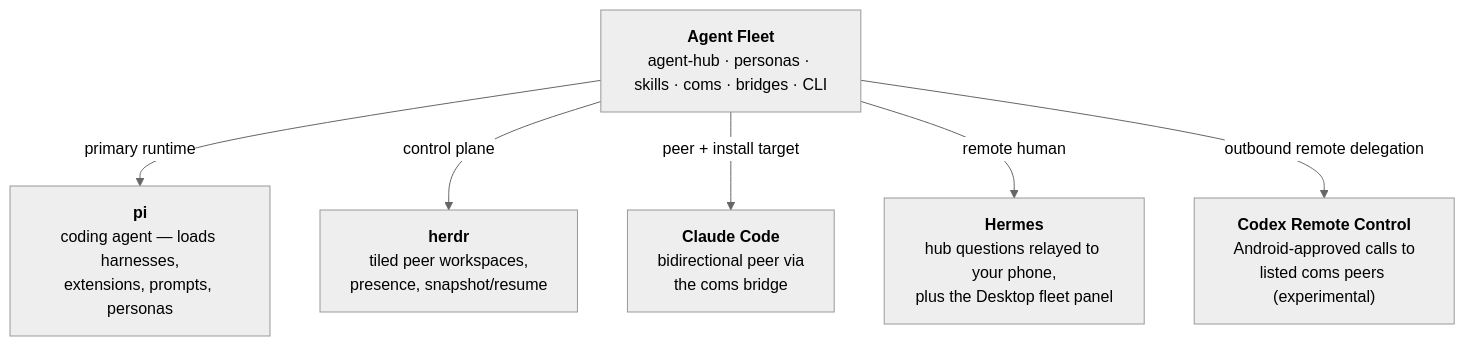
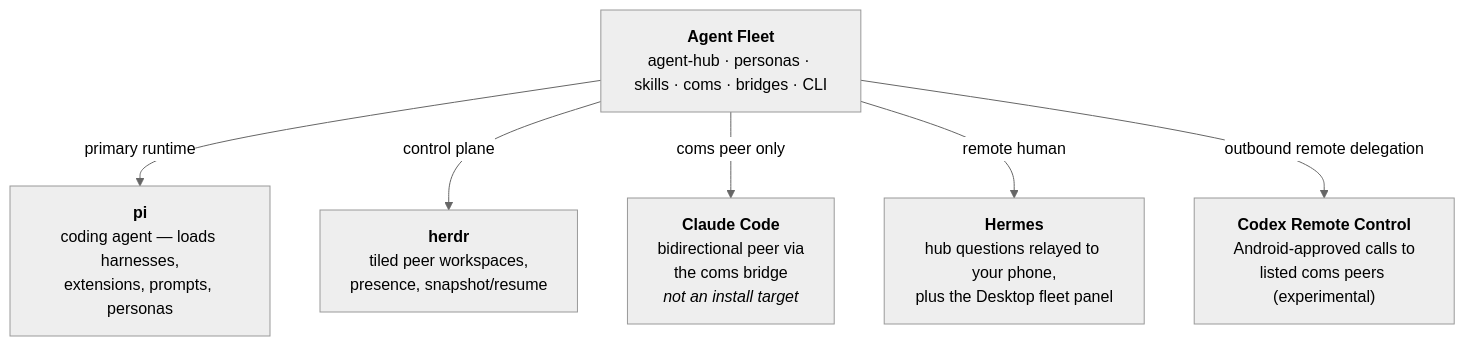
Before and after one commit to chankov/agent-fleet: the second of 2 diagrams in docs/ARCHITECTURE.md, drawn with Mermaid (neutral theme). The commit also changed other lines of this file and 63 other files, not shown here.

Commit message:
Remove Claude Code as a coding-agent install target

````diff
--- a/docs/ARCHITECTURE.md
+++ b/docs/ARCHITECTURE.md
@@ -167,9 +167,9 @@
 ```mermaid
 flowchart TD
     AF["<b>Agent Fleet</b><br/>agent-hub · personas · skills · coms · bridges · CLI"]
     AF -->|primary runtime| PI["<b>pi</b><br/>coding agent — loads harnesses,<br/>extensions, prompts, personas"]
     AF -->|control plane| HERDR["<b>herdr</b><br/>tiled peer workspaces,<br/>presence, snapshot/resume"]
-    AF -->|peer + install target| CC["<b>Claude Code</b><br/>bidirectional peer via<br/>the coms bridge"]
+    AF -->|coms peer only| CC["<b>Claude Code</b><br/>bidirectional peer via<br/>the coms bridge<br/><i>not an install target</i>"]
     AF -->|remote human| HERMES["<b>Hermes</b><br/>hub questions relayed to your phone,<br/>plus the Desktop fleet panel"]
     AF -->|outbound remote delegation| CODEX["<b>Codex Remote Control</b><br/>Android-approved calls to<br/>listed coms peers (experimental)"]
 ```
````
